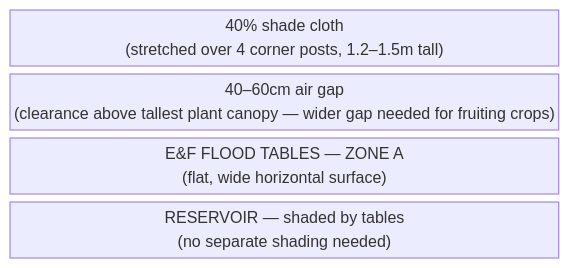
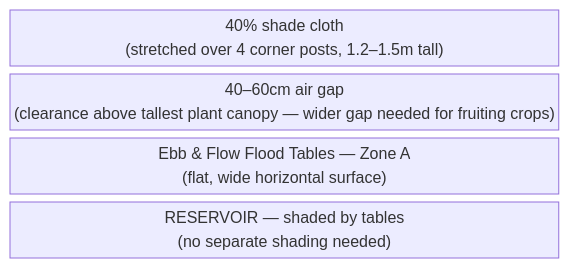
Before and after one commit to UncleJS/guide_hydroponics: the third of 3 diagrams in guide/ebb-and-flow/04-lighting.md, drawn with Mermaid. The commit also changed other lines of this file and 12 other files, not shown here.

````diff
--- a/guide/ebb-and-flow/04-lighting.md
+++ b/guide/ebb-and-flow/04-lighting.md
@@ -321,8 +321,8 @@
 ```mermaid
 block-beta
   columns 1
   cloth["40% shade cloth<br/>(stretched over 4 corner posts, 1.2–1.5m tall)"]
   gap["40–60cm air gap<br/>(clearance above tallest plant canopy — wider gap needed for fruiting crops)"]
-  tables["E&F FLOOD TABLES — ZONE A<br/>(flat, wide horizontal surface)"]
+  tables["Ebb &amp; Flow Flood Tables — Zone A<br/>(flat, wide horizontal surface)"]
   res["RESERVOIR — shaded by tables<br/>(no separate shading needed)"]
 ```
````
